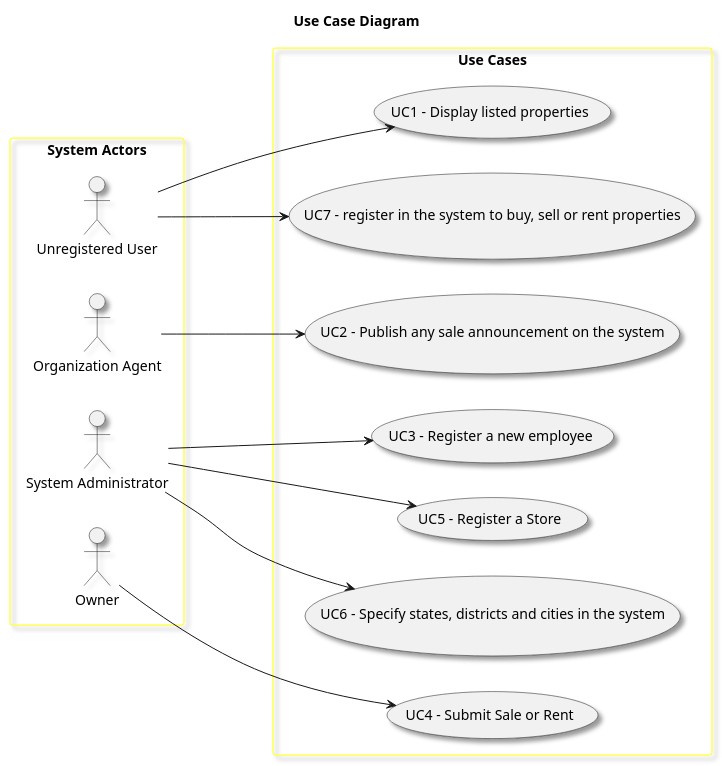
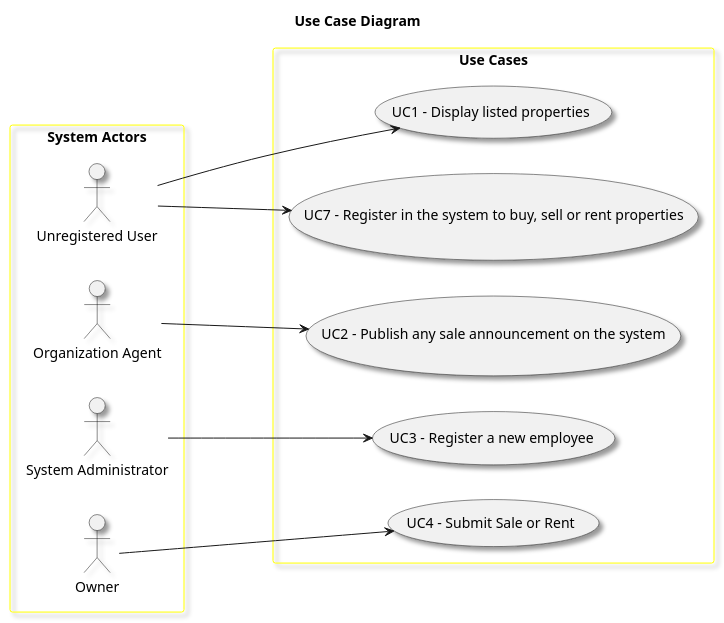
Before and after one commit to Goncalves2525/real-estate-management-system: the diagram in docs/sprintB/global-artifacts/01.requirements-engineering/puml/use-case-diagram.puml, drawn with PlantUML. The commit also changed 20 other files, not shown here.

```diff
--- a/docs/sprintB/global-artifacts/01.requirements-engineering/puml/use-case-diagram.puml
+++ b/docs/sprintB/global-artifacts/01.requirements-engineering/puml/use-case-diagram.puml
@@ -1,39 +1,35 @@
 @startuml
 'skinparam monochrome true
 skinparam packageStyle rectangle
 skinparam shadowing true
 
 skinparam rectangle{
     BorderColor yellow
 }
 
 title Use Case Diagram
 
 left to right direction
 
 rectangle "System Actors" as actors {
     actor "Unregistered User"
     actor "Organization Agent"
     actor "System Administrator"
     actor "Owner"
 }
 
 
 rectangle "Use Cases" as usecases{
     usecase "UC1 - Display listed properties" as UC1
             "Unregistered User" ---> UC1
     usecase "UC2 - Publish any sale announcement on the system" as UC2
             "Organization Agent" --> UC2
     usecase "UC3 - Register a new employee" as UC3
             "System Administrator" --> UC3
     usecase "UC4 - Submit Sale or Rent" as UC4
             "Owner" --> UC4
-    usecase "UC5 - Register a Store" as UC5
-            "System Administrator" --> UC5
-    usecase "UC6 - Specify states, districts and cities in the system" as UC6
-            "System Administrator" --> UC6
-    usecase "UC7 - register in the system to buy, sell or rent properties" as UC7
+    usecase "UC7 - Register in the system to buy, sell or rent properties" as UC7
             "Unregistered User" --> UC7
 }
 
 @enduml
```
